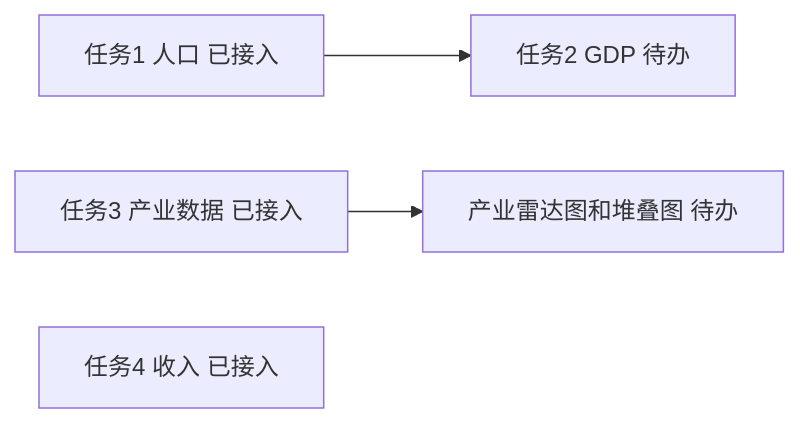
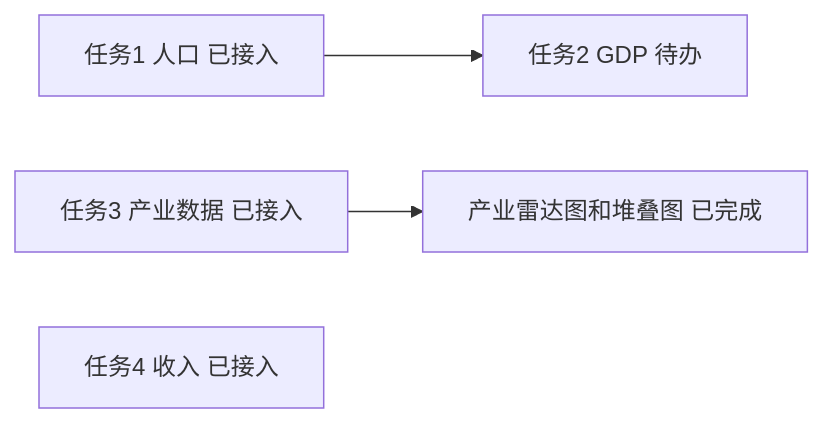
One commit to Musenxi/zj-stats-map changed the first of 2 diagrams in docs/webgis_design_v0.2.md. Above: the diagram before and after it, drawn with Mermaid. The commit also changed other lines of this file and 11 other files, not shown here.

Commit message:
feat: add industry radar and stacked charts for M4

````diff
--- a/docs/webgis_design_v0.2.md
+++ b/docs/webgis_design_v0.2.md
@@ -25,6 +27,6 @@
 ```mermaid
 graph LR
   T1[任务1 人口 已接入] --> T2[任务2 GDP 待办]
-  T3[任务3 产业数据 已接入] --> M4[产业雷达图和堆叠图 待办]
+  T3[任务3 产业数据 已接入] --> M4[产业雷达图和堆叠图 已完成]
   T4[任务4 收入 已接入]
 ```
````
